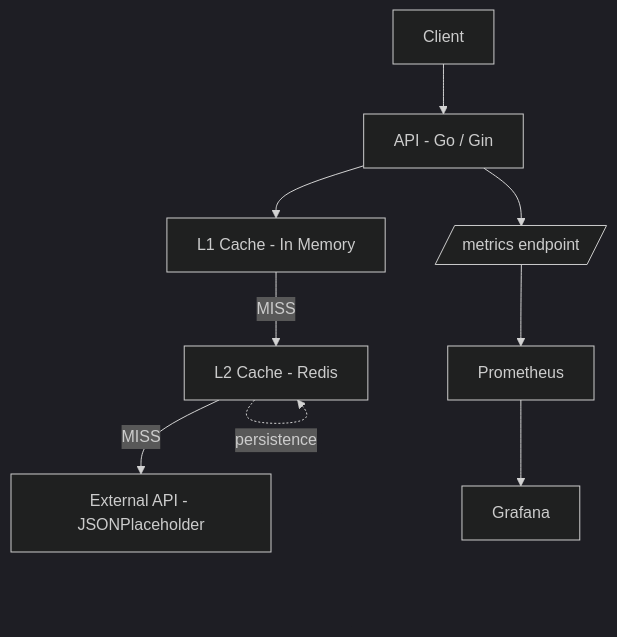
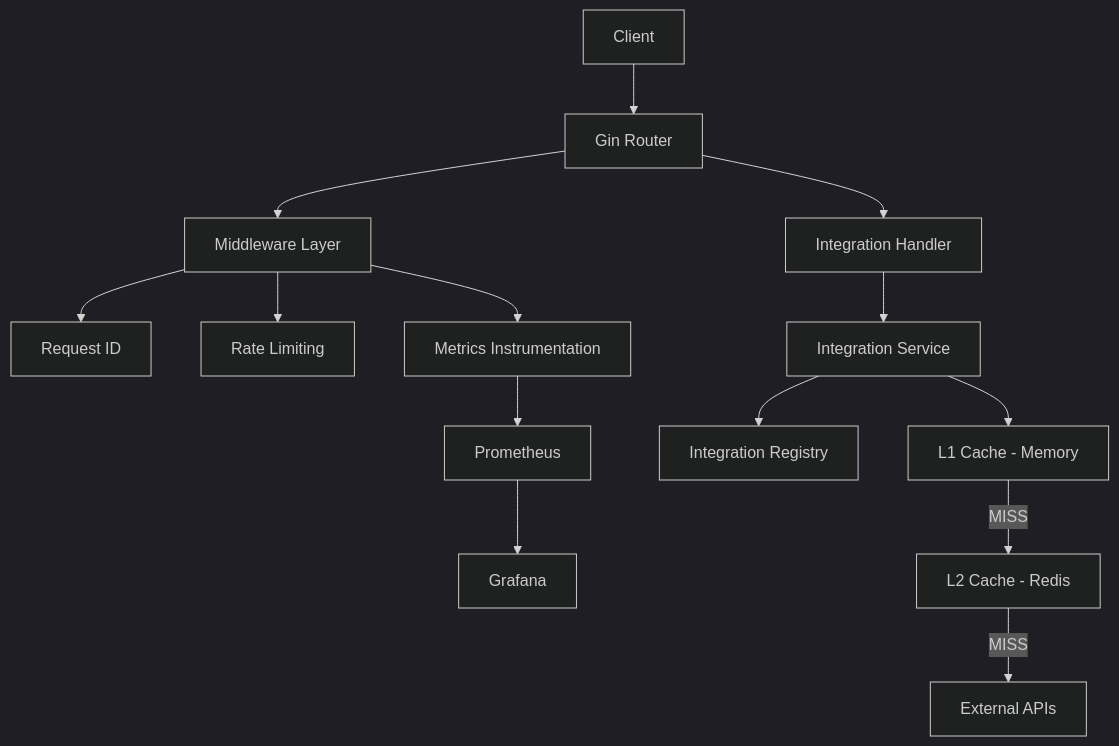
Before and after one commit to FernandaIshida/mini-edge-api: the diagram in README.md, drawn with Mermaid (dark theme). The commit also changed other lines of this file, not shown here.

````diff
--- a/README.md
+++ b/README.md
@@ -33,14 +44,21 @@
 ```mermaid
   flowchart TD
-    A[Client] --> B[API - Go / Gin]
+    A[Client] --> B[Gin Router]
 
-    B --> C[L1 Cache - In Memory]
-    C -->|MISS| D[L2 Cache - Redis]
-    D -->|MISS| E[External API - JSONPlaceholder]
+    B --> C[Middleware Layer]
+    C --> D[Request ID]
+    C --> E[Rate Limiting]
+    C --> F[Metrics Instrumentation]
 
-    B --> F[/metrics endpoint/]
-    F --> G[Prometheus]
-    G --> H[Grafana]
+    B --> G[Integration Handler]
+    G --> H[Integration Service]
 
-    D -. persistence .-> D
+    H --> I[Integration Registry]
+
+    H --> J[L1 Cache - Memory]
+    J -->|MISS| K[L2 Cache - Redis]
+    K -->|MISS| L[External APIs]
+
+    F --> M[Prometheus]
+    M --> N[Grafana]
 ```
````
